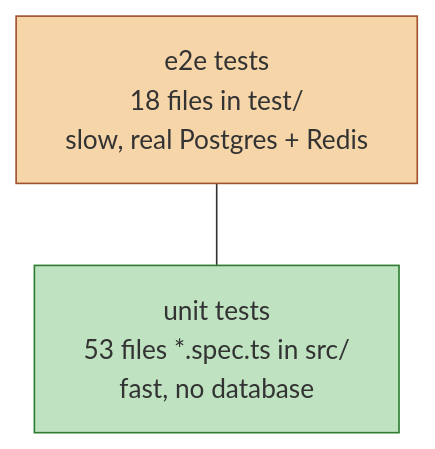
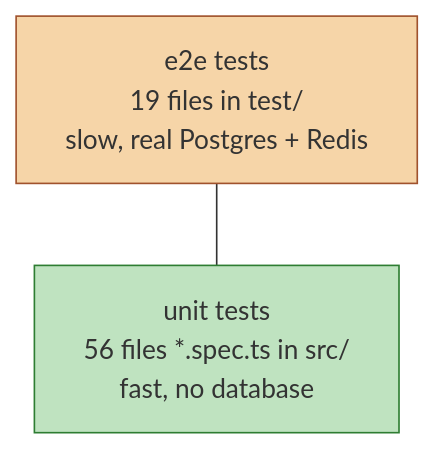
One commit to VictorBro/ft_transcendence changed the first of 4 diagrams in docs/api/10-tests.md. Above: the diagram before and after it, drawn with Mermaid. The commit also changed other lines of this file and 223 other files, not shown here.

````diff
--- a/docs/api/10-tests.md
+++ b/docs/api/10-tests.md
@@ -58,8 +58,8 @@
 ```mermaid
 flowchart TB
-    E2E["e2e tests<br/>18 files in test/<br/>slow, real Postgres + Redis"]
-    UNIT["unit tests<br/>53 files *.spec.ts in src/<br/>fast, no database"]
+    E2E["e2e tests<br/>19 files in test/<br/>slow, real Postgres + Redis"]
+    UNIT["unit tests<br/>56 files *.spec.ts in src/<br/>fast, no database"]
     E2E --- UNIT
     style E2E fill:#f6d5a8,stroke:#a0522d
     style UNIT fill:#bfe3c0,stroke:#2e7d32
 ```
````
